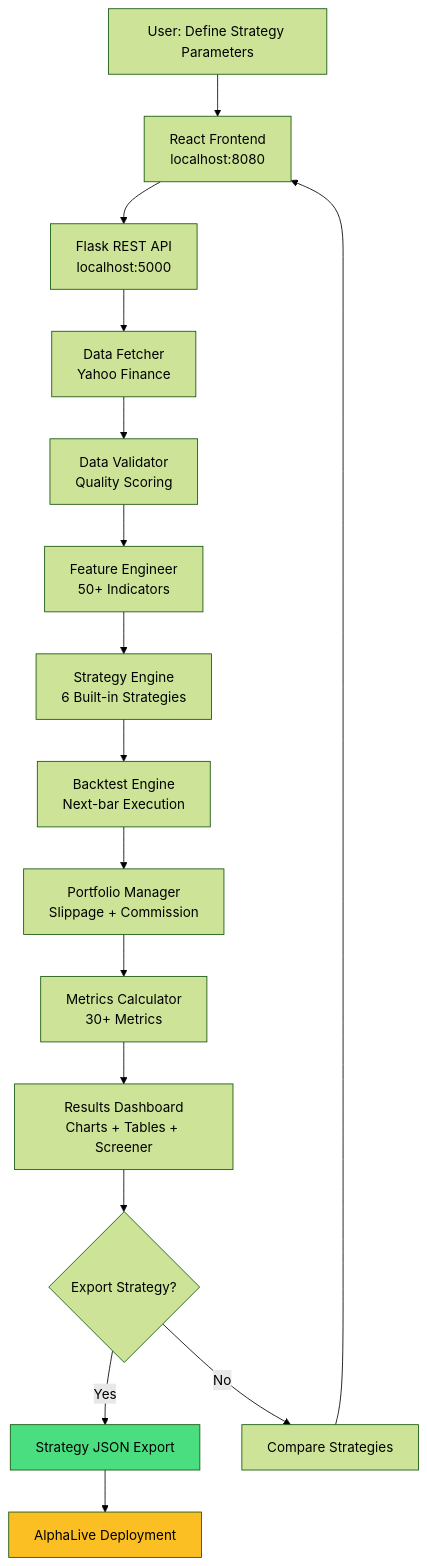
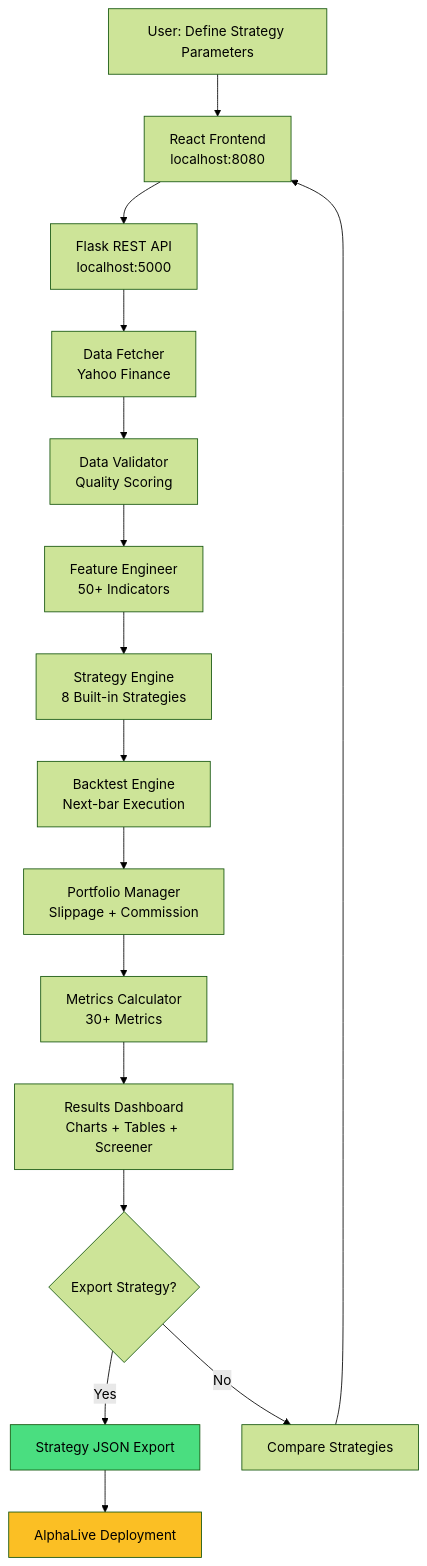
One commit to bernardoguterres/AlphaLab changed the diagram in README.md. Above: the diagram before and after it, drawn with Mermaid (forest theme). The commit also changed other lines of this file and 3 other files, not shown here.

````diff
--- a/README.md
+++ b/README.md
@@ -11,21 +11,21 @@
 ```mermaid
 flowchart TD
     A[User: Define Strategy Parameters] --> B[React Frontend<br/>localhost:8080]
     B --> C[Flask REST API<br/>localhost:5000]
     C --> D[Data Fetcher<br/>Yahoo Finance]
     D --> E[Data Validator<br/>Quality Scoring]
     E --> F[Feature Engineer<br/>50+ Indicators]
-    F --> G[Strategy Engine<br/>6 Built-in Strategies]
+    F --> G[Strategy Engine<br/>8 Built-in Strategies]
     G --> H[Backtest Engine<br/>Next-bar Execution]
     H --> I[Portfolio Manager<br/>Slippage + Commission]
     I --> J[Metrics Calculator<br/>30+ Metrics]
     J --> K[Results Dashboard<br/>Charts + Tables + Screener]
     K --> L{Export Strategy?}
     L -->|Yes| M[Strategy JSON Export]
     M --> N[AlphaLive Deployment]
     L -->|No| O[Compare Strategies]
     O --> B
     
     style M fill:#4ade80
     style N fill:#fbbf24
 ```
````
